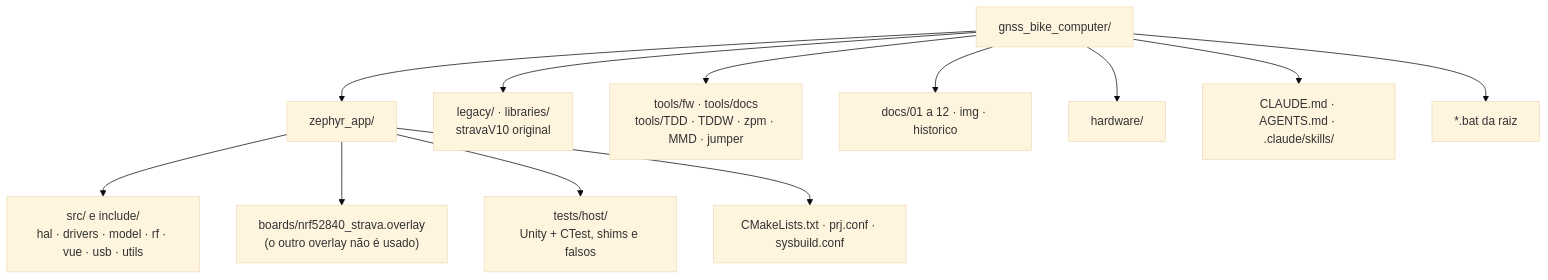
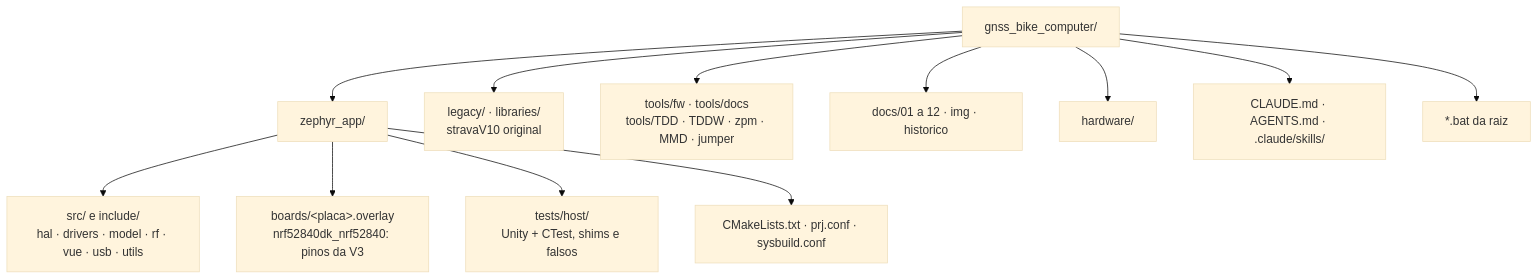
One commit to Guiimartinho/gnss-bike-computer changed the first of 2 diagrams in CLAUDE.md. Above: the diagram before and after it, drawn with Mermaid (base theme). The commit also changed other lines of this file and 10 other files, not shown here.

````diff
--- a/CLAUDE.md
+++ b/CLAUDE.md
@@ -57,15 +57,15 @@
 ```mermaid
 flowchart TB
     ROOT["gnss_bike_computer/"]
     ROOT --> ZA["zephyr_app/"]
     ZA --> ZS["src/ e include/<br/>hal · drivers · model · rf · vue · usb · utils"]
-    ZA --> ZB["boards/nrf52840_strava.overlay<br/>(o outro overlay não é usado)"]
+    ZA --> ZB["boards/&lt;placa&gt;.overlay<br/>nrf52840dk_nrf52840: pinos da V3"]
     ZA --> ZT["tests/host/<br/>Unity + CTest, shims e falsos"]
     ZA --> ZC["CMakeLists.txt · prj.conf · sysbuild.conf"]
     ROOT --> LEG["legacy/ · libraries/<br/>stravaV10 original"]
     ROOT --> TOOLS["tools/fw · tools/docs<br/>tools/TDD · TDDW · zpm · MMD · jumper"]
     ROOT --> DOCS["docs/01 a 12 · img · historico"]
     ROOT --> HW["hardware/"]
     ROOT --> AI["CLAUDE.md · AGENTS.md · .claude/skills/"]
     ROOT --> BAT["*.bat da raiz"]
 ```
````
